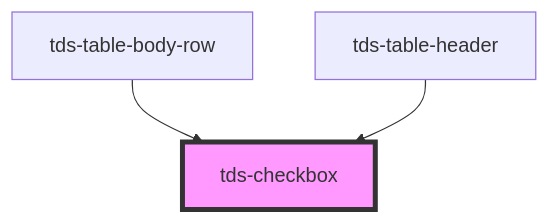
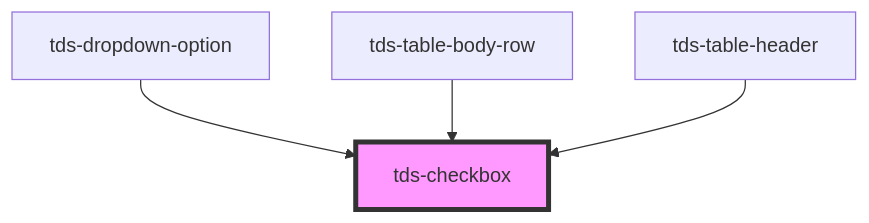
One commit to scania-digital-design-system/tegel changed the diagram in core/src/components/checkbox/readme.md. Above: the diagram before and after it, drawn with Mermaid. The commit also changed other lines of this file and 11 other files, not shown here.

````diff
--- a/core/src/components/checkbox/readme.md
+++ b/core/src/components/checkbox/readme.md
@@ -50,6 +51,7 @@
 ```mermaid
 graph TD;
+  tds-dropdown-option --> tds-checkbox
   tds-table-body-row --> tds-checkbox
   tds-table-header --> tds-checkbox
   style tds-checkbox fill:#f9f,stroke:#333,stroke-width:4px
 ```
````
